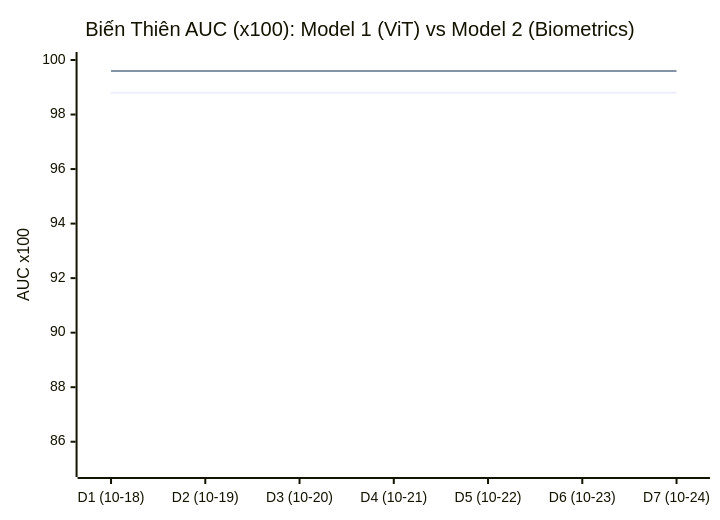
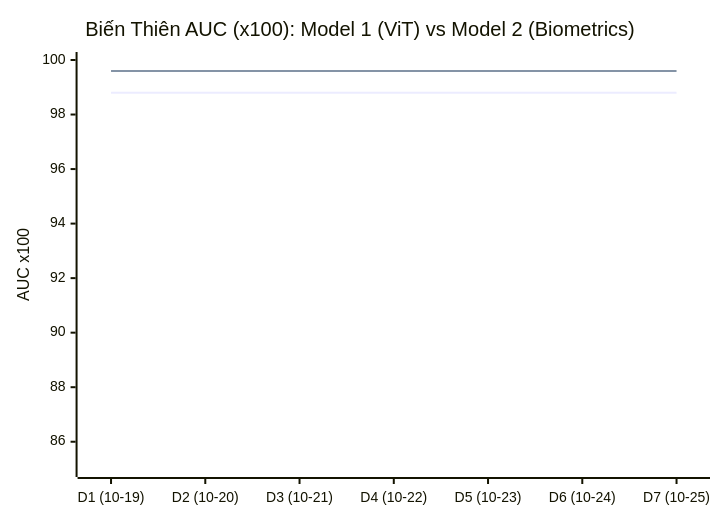
The second of 2 diagrams in report_colab/reports/weekly/weekly_summary_2026-W43.md (ThangCao106/DeepFake-Detection-Agent), drawn with Mermaid before and after one commit. The commit also changed other lines of this file and 1 other file, not shown here.

````diff
--- a/report_colab/reports/weekly/weekly_summary_2026-W43.md
+++ b/report_colab/reports/weekly/weekly_summary_2026-W43.md
@@ -30,8 +30,8 @@
 ```mermaid
 xychart-beta
     title "Biến Thiên AUC (x100): Model 1 (ViT) vs Model 2 (Biometrics)"
-    x-axis ["D1 (10-18)", "D2 (10-19)", "D3 (10-20)", "D4 (10-21)", "D5 (10-22)", "D6 (10-23)", "D7 (10-24)"]
+    x-axis ["D1 (10-19)", "D2 (10-20)", "D3 (10-21)", "D4 (10-22)", "D5 (10-23)", "D6 (10-24)", "D7 (10-25)"]
     y-axis "AUC x100" 85 --> 100
     line [98.8, 98.8, 98.8, 98.8, 98.8, 98.8, 98.8]
     line [99.6, 99.6, 99.6, 99.6, 99.6, 99.6, 99.6]
 ```
````
